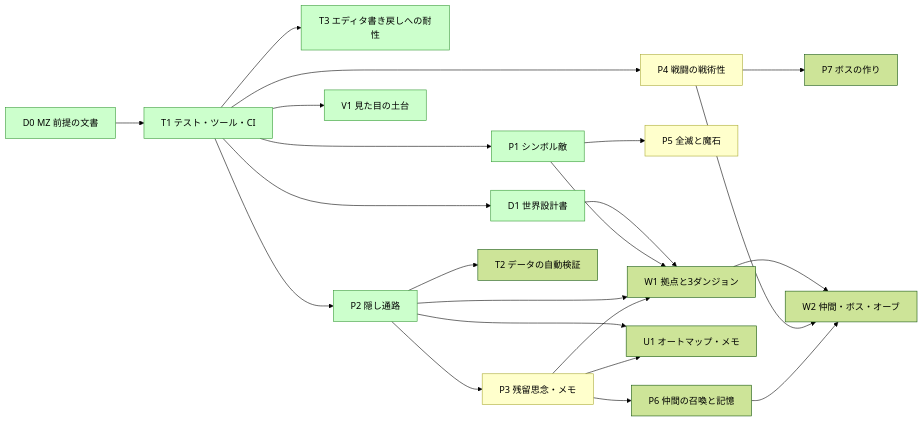
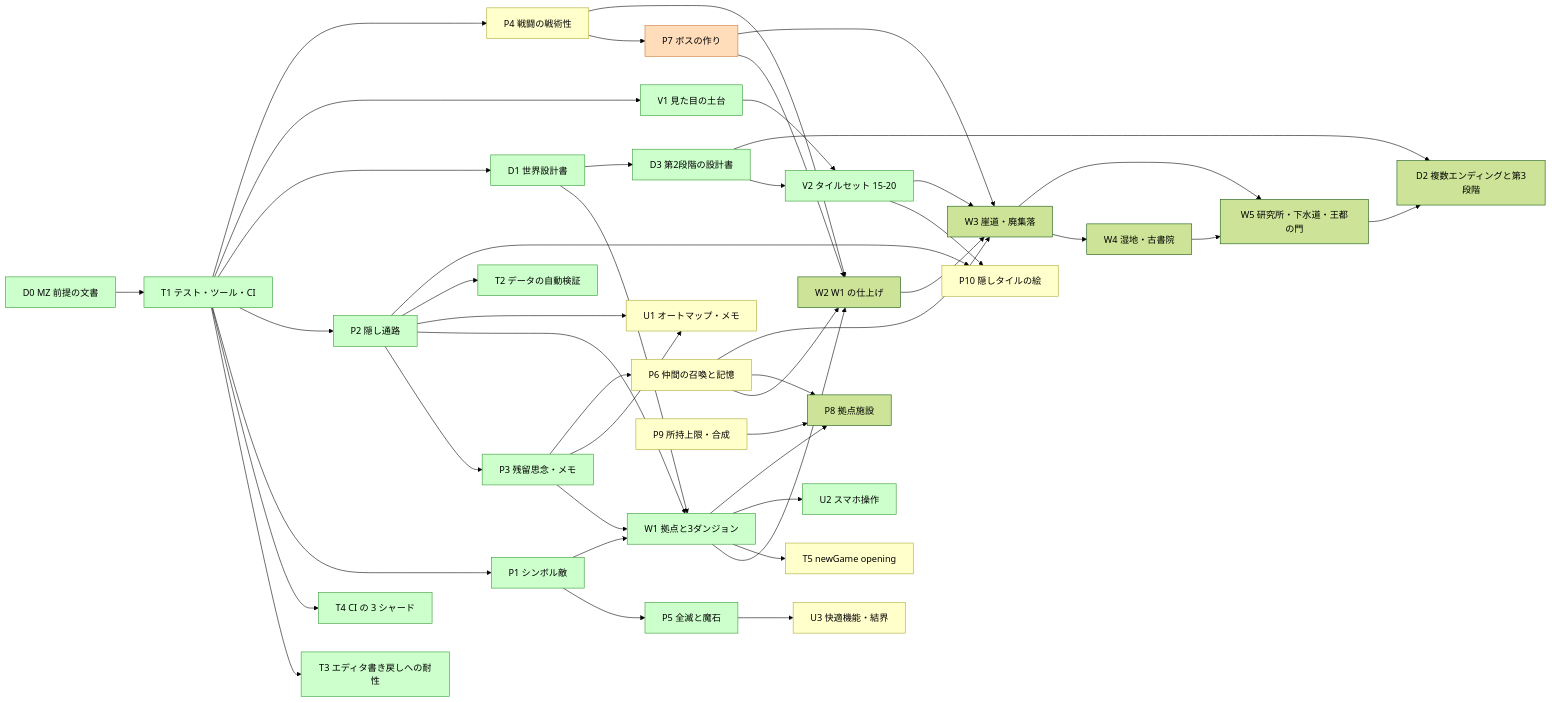
One commit to nakaba9696/-RPG changed the diagram in docs/ROADMAP.md. Above: the diagram before and after it, drawn with Mermaid (forest theme). The commit also changed other lines of this file and 1 other file, not shown here.

First line of the commit message:
D4: ROADMAP の現在地・チェック・割り当て表・決定待ち・波 4〜5 を main に合わせる

````diff
--- a/docs/ROADMAP.md
+++ b/docs/ROADMAP.md
@@ -166,28 +198,52 @@
 ```mermaid
 graph LR
   D0[D0 MZ 前提の文書] --> T1[T1 テスト・ツール・CI]
   T1 --> T3[T3 エディタ書き戻しへの耐性]
+  T1 --> T4[T4 CI の 3 シャード]
   T1 --> P1[P1 シンボル敵]
   T1 --> P2[P2 隠し通路]
   T1 --> D1[D1 世界設計書]
   T1 --> V1[V1 見た目の土台]
   P2 --> P3[P3 残留思念・メモ]
   T1 --> P4[P4 戦闘の戦術性]
   P1 --> P5[P5 全滅と魔石]
   D1 --> W1[W1 拠点と3ダンジョン]
   P1 --> W1
   P2 --> W1
   P3 --> W1
   P2 --> U1[U1 オートマップ・メモ]
   P3 --> U1
   P2 --> T2[T2 データの自動検証]
   P3 --> P6[P6 仲間の召喚と記憶]
-  W1 --> W2[W2 仲間・ボス・オーブ]
+  P4 --> P7[P7 ボスの作り]
+  W1 --> W2[W2 W1 の仕上げ]
   P4 --> W2
   P6 --> W2
-  P4 --> P7[P7 ボスの作り]
+  P7 --> W2
+  W1 --> T5[T5 newGame opening]
+  W1 --> U2[U2 スマホ操作]
+  D1 --> D3[D3 第2段階の設計書]
+  V1 --> V2[V2 タイルセット 15-20]
+  D3 --> V2
+  P2 --> P10[P10 隠しタイルの絵]
+  V2 --> P10
+  P5 --> U3[U3 快適機能・結界]
+  P6 --> P8[P8 拠点施設]
+  P9[P9 所持上限・合成] --> P8
+  W1 --> P8
+  W2 --> W3[W3 崖道・廃集落]
+  P6 --> W3
+  P7 --> W3
+  V2 --> W3
+  W3 --> W4[W4 湿地・古書院]
+  W3 --> W5[W5 研究所・下水道・王都の門]
+  W4 --> W5
+  D3 --> D2[D2 複数エンディングと第3段階]
+  W5 --> D2
   classDef done fill:#cfc,stroke:#393
   classDef wait fill:#ffc,stroke:#aa3
-  class D0,T1,T3,P1,P2,D1,V1 done
-  class P3,P4,P5 wait
+  classDef doing fill:#fdb,stroke:#c73
+  class D0,T1,T3,T4,P1,P2,D1,V1,P3,P5,T2,W1,U2,D3,V2 done
+  class P4,U1,P6,U3,P9,P10,T5 wait
+  class P7 doing
 ```
````
